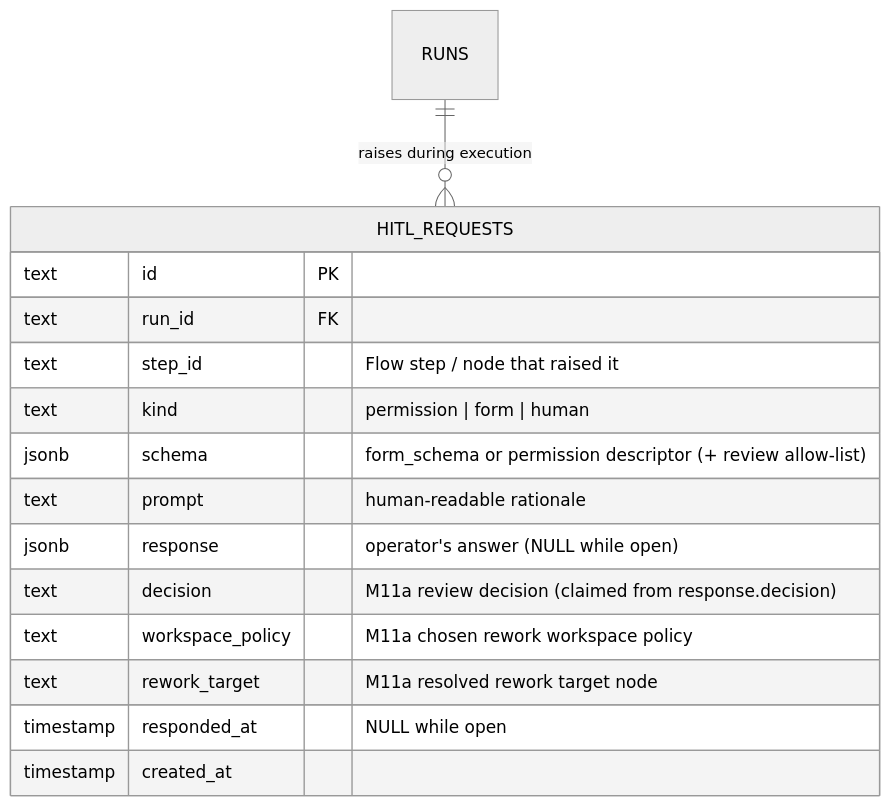
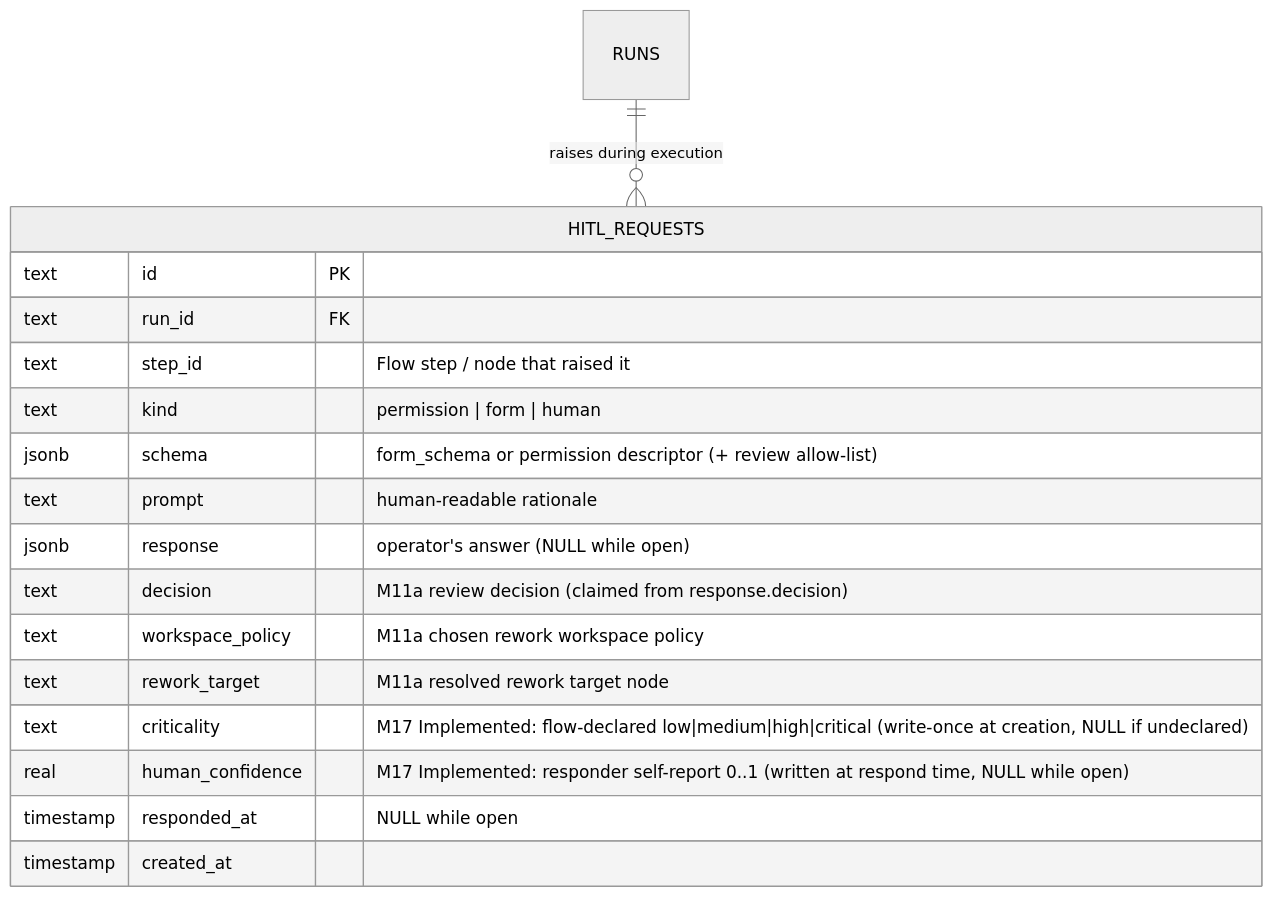
One commit to maister-dev/maister changed the first of 2 diagrams in docs/db/hitl-domain.md. Above: the diagram before and after it, drawn with Mermaid (neutral theme). The commit also changed other lines of this file and 79 other files, not shown here.

````diff
--- a/docs/db/hitl-domain.md
+++ b/docs/db/hitl-domain.md
@@ -8,19 +8,21 @@
 ```mermaid
 erDiagram
     RUNS ||--o{ HITL_REQUESTS : "raises during execution"
 
     HITL_REQUESTS {
         text id PK
         text run_id FK
         text step_id "Flow step / node that raised it"
         text kind "permission | form | human"
         jsonb schema "form_schema or permission descriptor (+ review allow-list)"
         text prompt "human-readable rationale"
         jsonb response "operator's answer (NULL while open)"
         text decision "M11a review decision (claimed from response.decision)"
         text workspace_policy "M11a chosen rework workspace policy"
         text rework_target "M11a resolved rework target node"
+        text criticality "M17 Implemented: flow-declared low|medium|high|critical (write-once at creation, NULL if undeclared)"
+        real human_confidence "M17 Implemented: responder self-report 0..1 (written at respond time, NULL while open)"
         timestamp responded_at "NULL while open"
         timestamp created_at
     }
 ```
````
